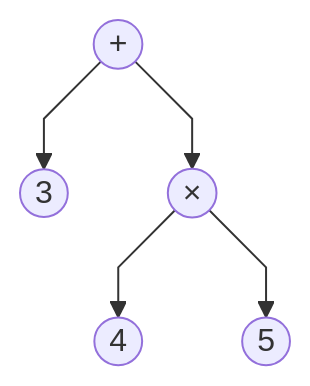
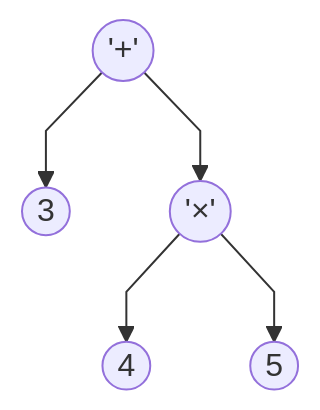
The first of 9 diagrams in docs/Arbres/2-Arbres binaires.md (mp2i-thiers/mp2i-thiers.github.io), drawn with Mermaid before and after one commit. The commit also changed other lines of this file and 7 other files, not shown here.

````diff
--- a/docs/Arbres/2-Arbres binaires.md
+++ b/docs/Arbres/2-Arbres binaires.md
@@ -48,8 +48,8 @@
 ``` mermaid
 %%{ init: { 'flowchart': { 'curve': 'linear' } } }%%
 graph TB; 
-    A((+))-->B((3))
-    A-->C((×))
+    A(('+'))-->B((3))
+    A-->C(('×'))
     C-->D((4))
     C-->E((5))
 ```
````
